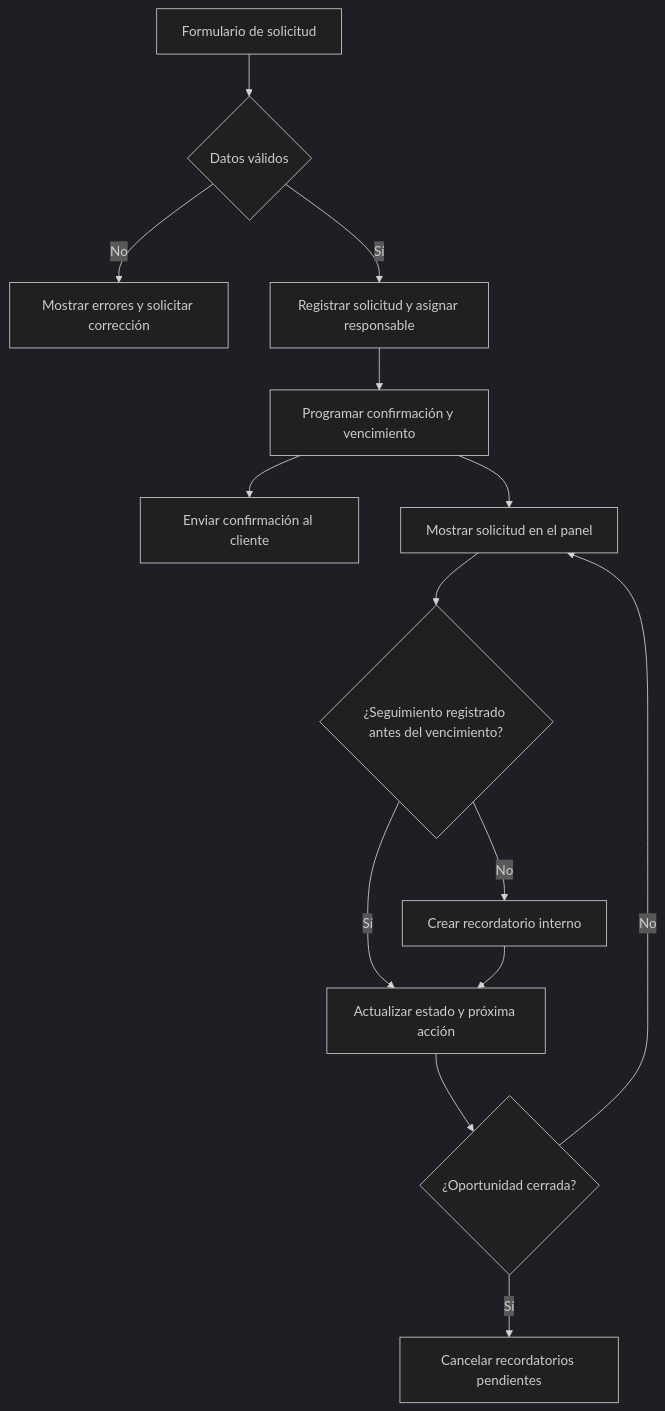
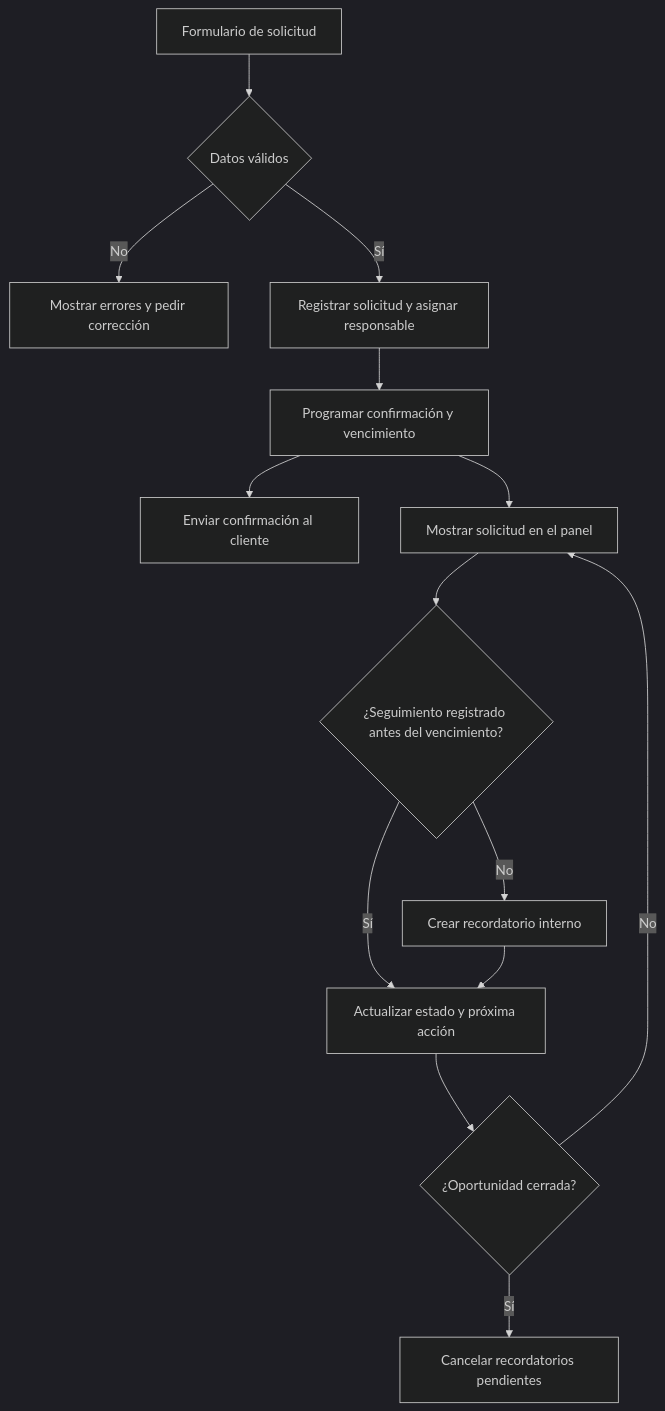
Before and after one commit to mfarrendev/pyme-followup: the diagram in README.md, drawn with Mermaid (dark theme). The commit also changed other lines of this file and 34 other files, not shown here.

````diff
--- a/README.md
+++ b/README.md
@@ -52,16 +32,16 @@
 ```mermaid
 flowchart TD
     A[Formulario de solicitud] --> B{Datos válidos}
-    B -->|No| C[Mostrar errores y solicitar corrección]
+    B -->|No| C[Mostrar errores y pedir corrección]
     B -->|Sí| D[Registrar solicitud y asignar responsable]
     D --> E[Programar confirmación y vencimiento]
     E --> F[Enviar confirmación al cliente]
     E --> G[Mostrar solicitud en el panel]
     G --> H{¿Seguimiento registrado antes del vencimiento?}
     H -->|Sí| I[Actualizar estado y próxima acción]
     H -->|No| J[Crear recordatorio interno]
     J --> I
     I --> K{¿Oportunidad cerrada?}
     K -->|Sí| L[Cancelar recordatorios pendientes]
     K -->|No| G
 ```
````
